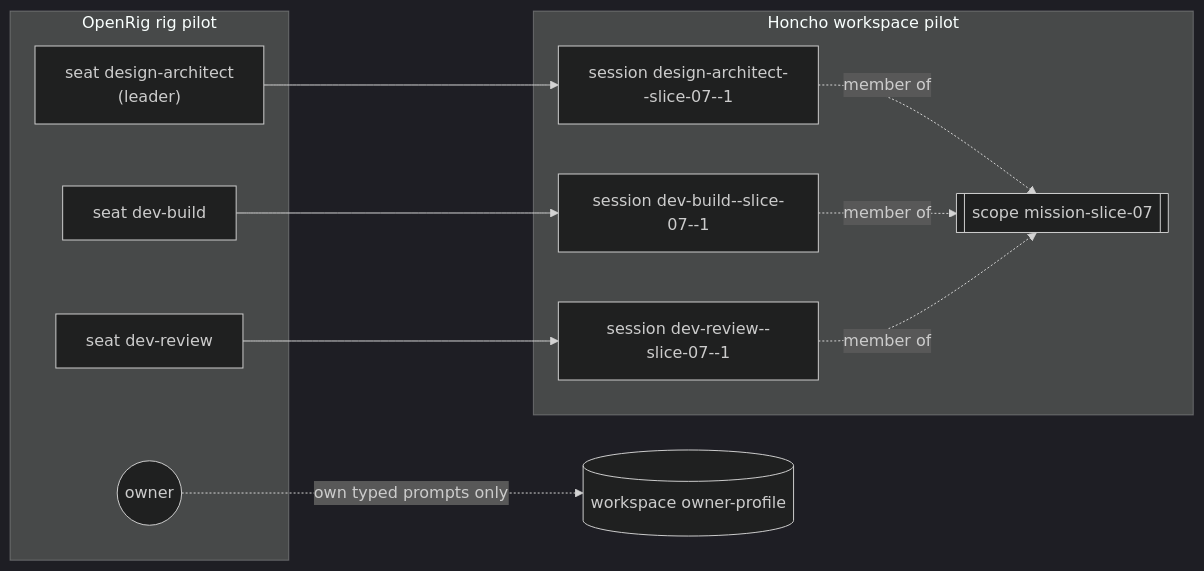
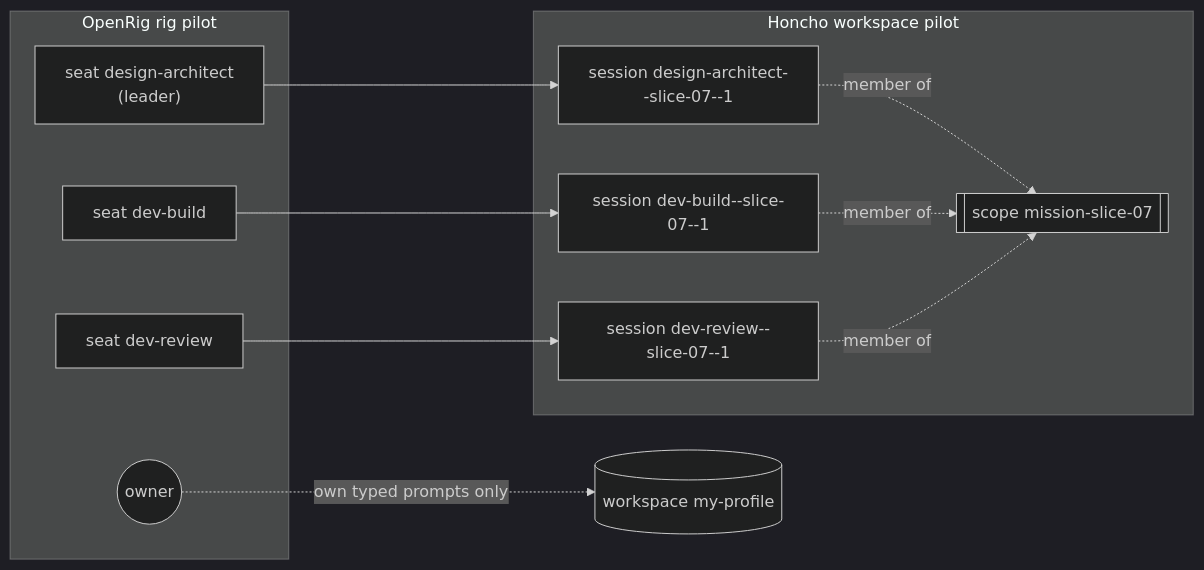
Before and after one commit to GravLabs/openrig-honcho: the first of 9 diagrams in docs/DESIGN.md, drawn with Mermaid (dark theme). The commit also changed other lines of this file and 18 other files, not shown here.

````diff
--- a/docs/DESIGN.md
+++ b/docs/DESIGN.md
@@ -42,21 +44,21 @@
 ```mermaid
 flowchart LR
   subgraph Rig["OpenRig rig pilot"]
     A["seat design-architect<br/>(leader)"]
     B["seat dev-build"]
     C["seat dev-review"]
     O(("owner"))
   end
   subgraph W["Honcho workspace pilot"]
     S1["session design-architect--slice-07--1"]
     S2["session dev-build--slice-07--1"]
     S3["session dev-review--slice-07--1"]
     SC[["scope mission-slice-07"]]
   end
-  P[("workspace owner-profile")]
+  P[("workspace my-profile")]
   A --> S1
   B --> S2
   C --> S3
   S1 & S2 & S3 -.member of.-> SC
   O -. own typed prompts only .-> P
 ```
````
